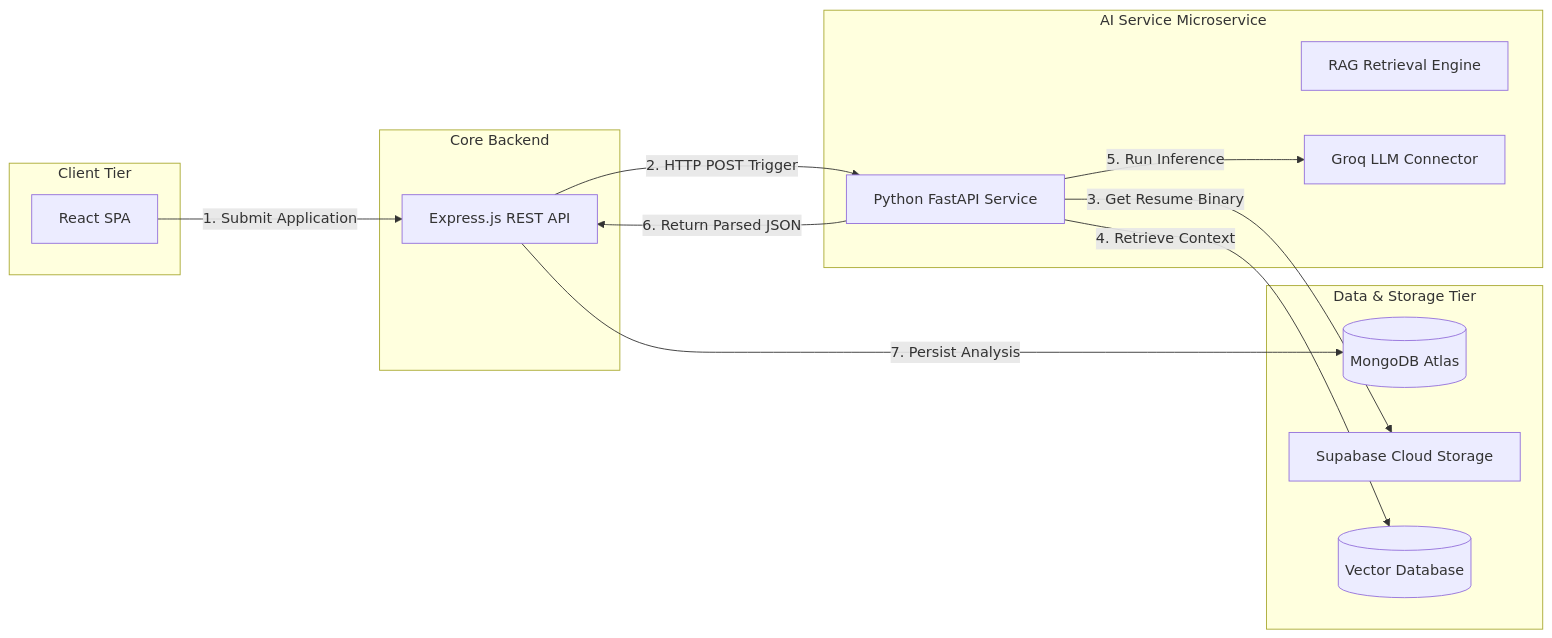
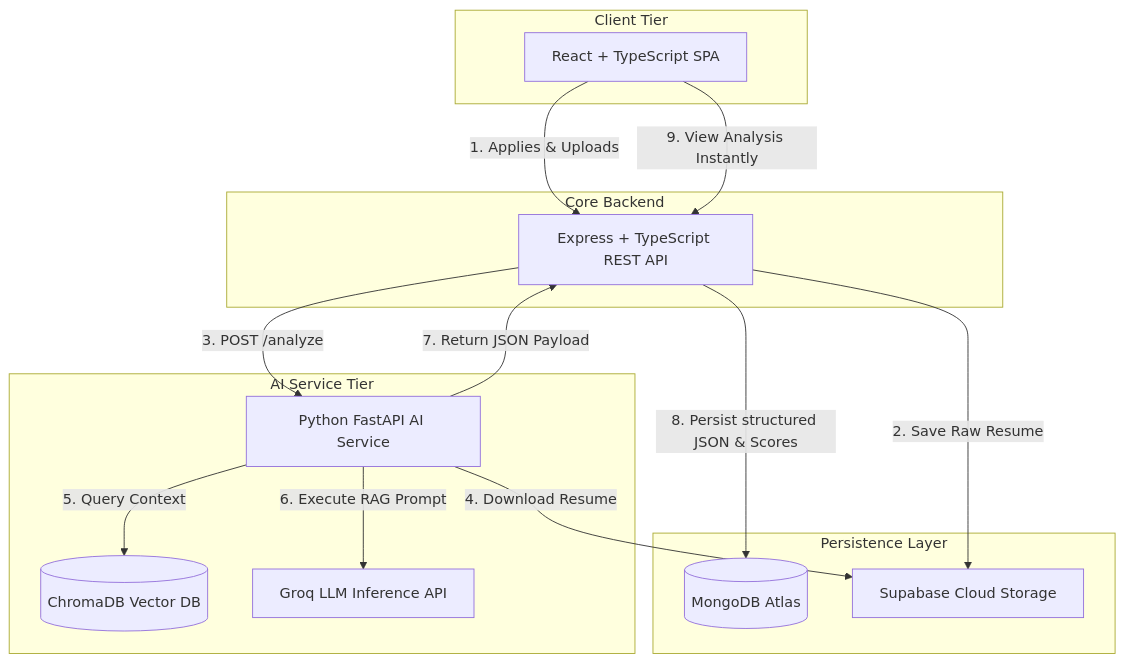
One commit to JinayShah10/RecruitIQ changed the first of 7 diagrams in docs/09_AI_Architecture.md. Above: the diagram before and after it, drawn with Mermaid. The commit also changed other lines of this file, not shown here.

Commit message:
refactor(ai): redesign AI pipeline architecture from scratch

````diff
--- a/docs/09_AI_Architecture.md
+++ b/docs/09_AI_Architecture.md
@@ -24,30 +17,31 @@
 ```mermaid
-graph LR
+graph TD
     subgraph Client Tier [Client Tier]
-        A[React SPA]
+        A[React + TypeScript SPA]
     end
 
     subgraph Core Backend [Core Backend]
-        B[Express.js REST API]
+        B[Express + TypeScript REST API]
     end
 
-    subgraph AI Service [AI Service Microservice]
-        C[Python FastAPI Service]
-        D[RAG Retrieval Engine]
-        E[Groq LLM Connector]
+    subgraph Persistence Layer [Persistence Layer]
+        C[(MongoDB Atlas)]
+        D[Supabase Cloud Storage]
     end
 
-    subgraph Data & Storage Tier [Data & Storage Tier]
-        F[(MongoDB Atlas)]
-        G[Supabase Cloud Storage]
-        H[(Vector Database)]
+    subgraph AI Tier [AI Service Tier]
+        E[Python FastAPI AI Service]
+        F[(ChromaDB Vector DB)]
+        G[Groq LLM Inference API]
     end
 
-    A -->|1. Submit Application| B
-    B -->|2. HTTP POST Trigger| C
-    C -->|3. Get Resume Binary| G
-    C -->|4. Retrieve Context| H
-    C -->|5. Run Inference| E
-    C -->|6. Return Parsed JSON| B
-    B -->|7. Persist Analysis| F
+    A -->|1. Applies & Uploads| B
+    B -->|2. Save Raw Resume| D
+    B -->|3. POST /analyze| E
+    E -->|4. Download Resume| D
+    E -->|5. Query Context| F
+    E -->|6. Execute RAG Prompt| G
+    E -->|7. Return JSON Payload| B
+    B -->|8. Persist structured JSON & Scores| C
+    A -->|9. View Analysis Instantly| B
 ```
````
